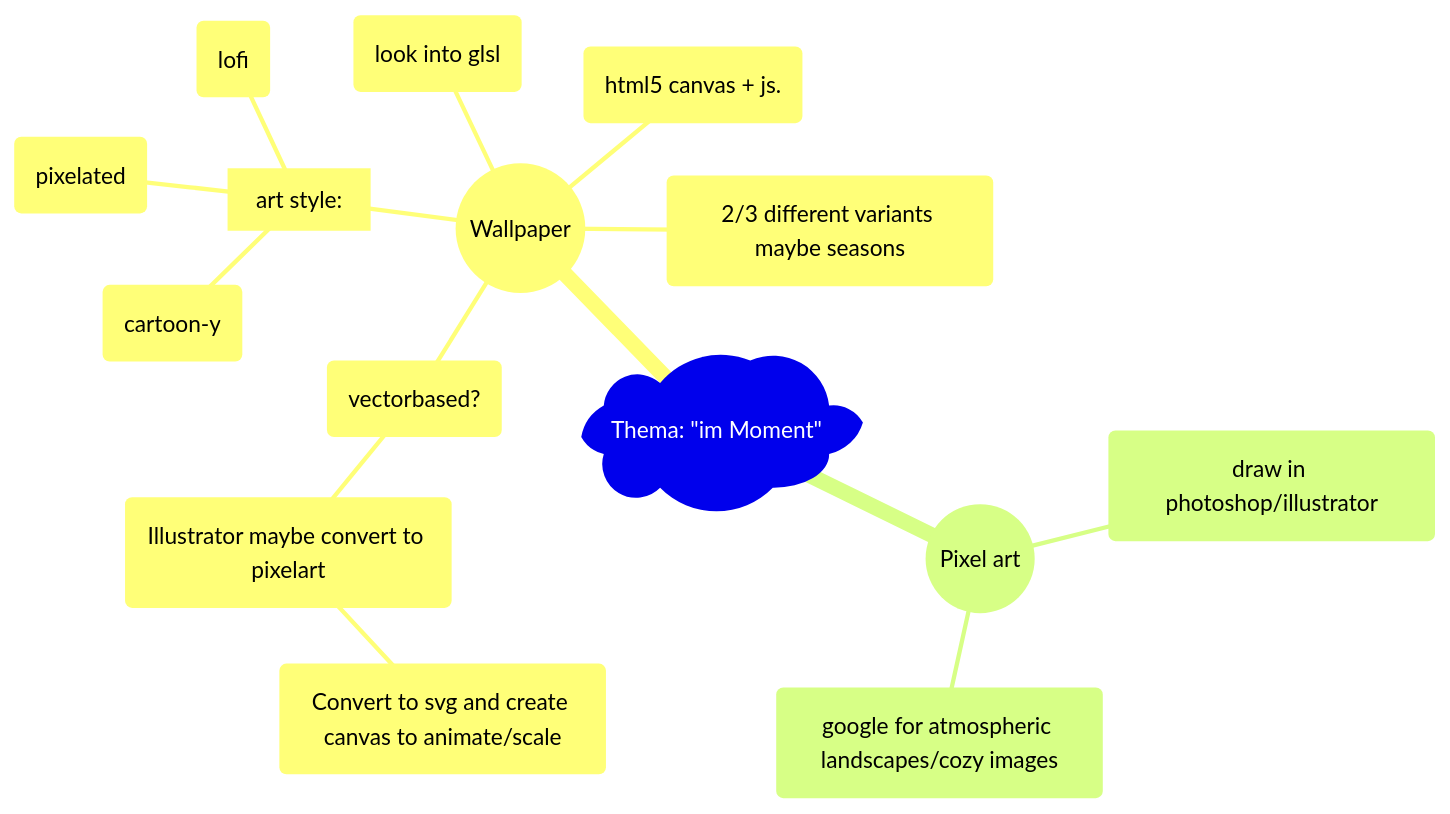
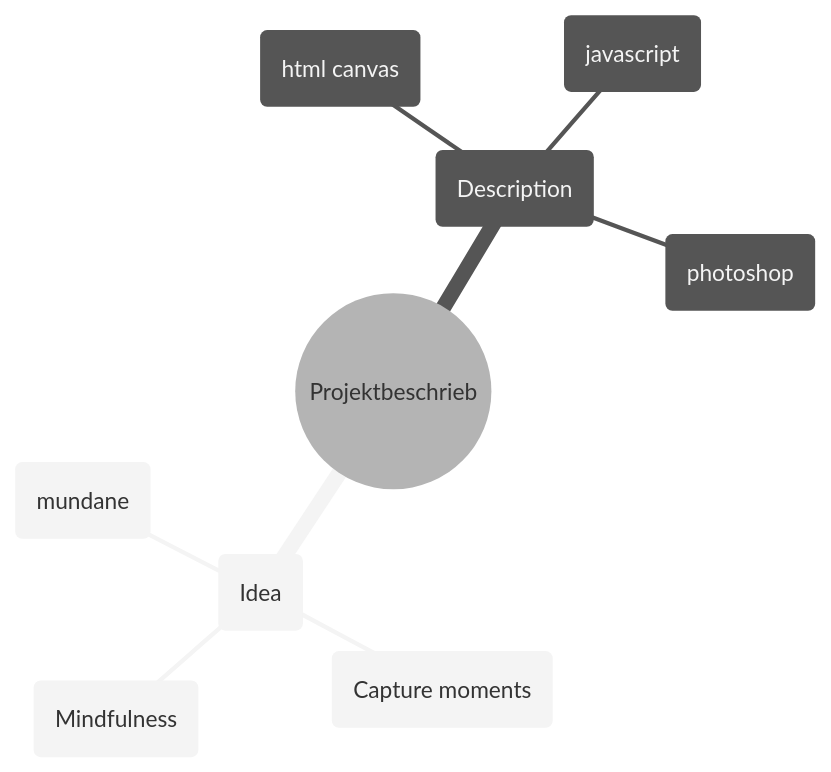
One commit to flononymus/im-Moment-enzian- changed the diagram in projektbeschrieb new.md. Above: the diagram before and after it, drawn with Mermaid. The commit also changed other lines of this file, not shown here.

Commit message:
updates projektbeschrieb

````diff
--- a/projektbeschrieb new.md
+++ b/projektbeschrieb new.md
@@ -1,28 +1,18 @@
 ```mermaid
+%%{init: {'theme':'neutral'}}%%
 mindmap
-    )Thema: "im Moment"(
+    ((Projektbeschrieb))
 
-        ((Wallpaper))
-            (vectorbased?)
-                (Illustrator maybe convert to pixelart)
-                    (Convert to svg and create canvas to animate/scale)
+        (Idea)
+            (Mindfulness)
+            (Capture moments)
+            (mundane)
 
-            [art style:] 
-                (cartoon-y)
-                (pixelated)
-                ("lofi")
+        (Description)
+            (html canvas)
+            (javascript)
+            (photoshop)
 
-            (2/3 different variants maybe seasons)
-
-            (look into glsl)
-
-            (html5 canvas + js.)
-
-        ((Pixel art))
-
-            (draw in photoshop/illustrator)
-
-            (google for atmospheric landscapes/cozy images)
 
 
 ```
````
